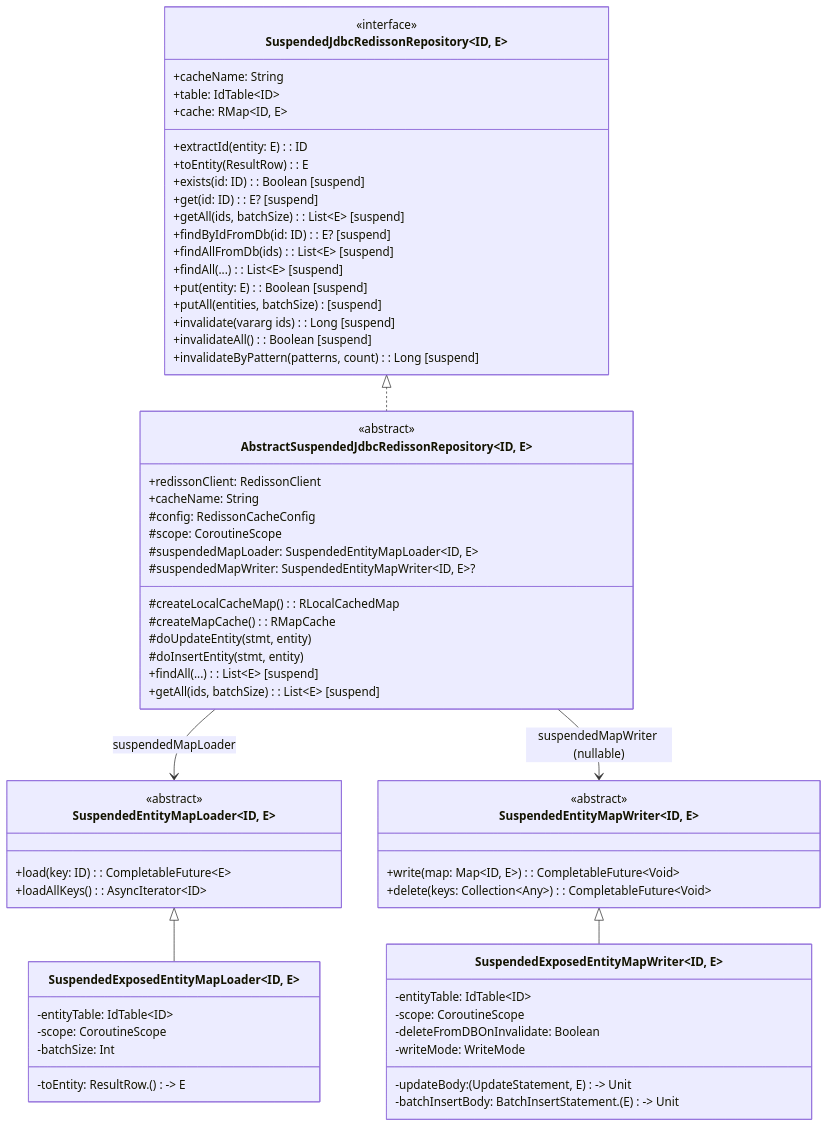
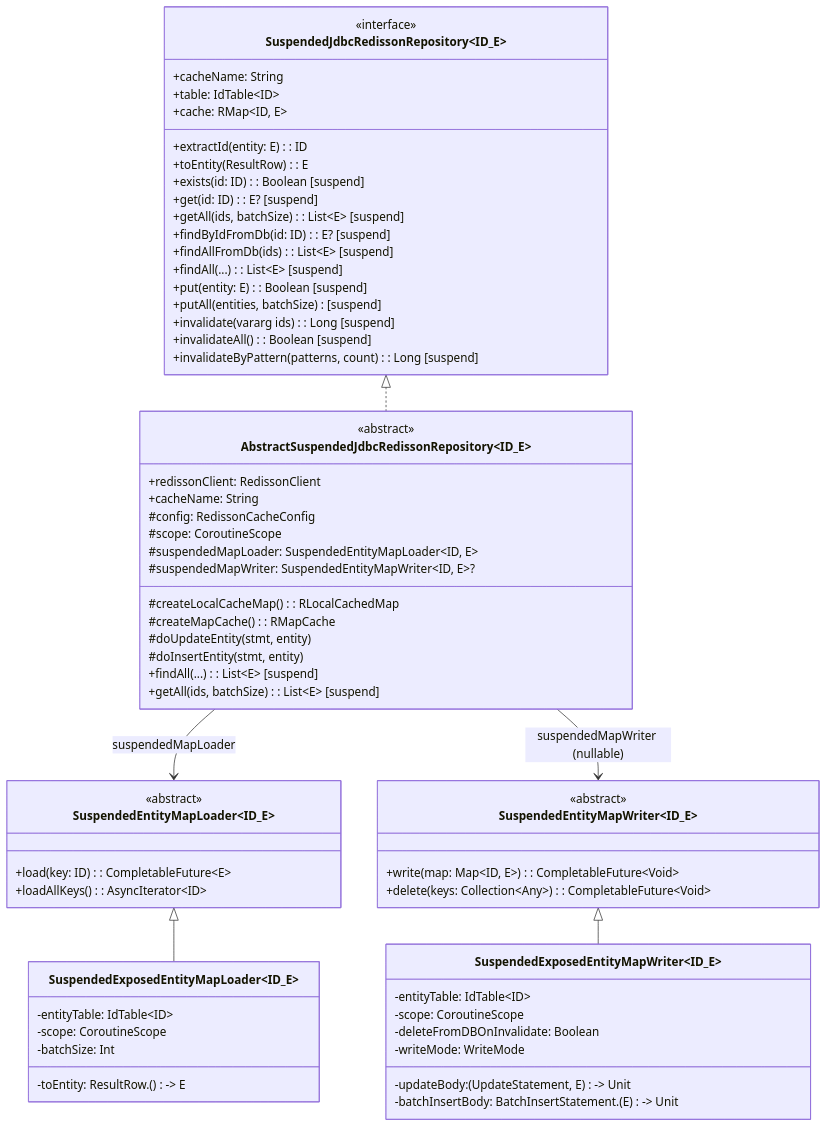
Before and after one commit to bluetape4k/bluetape4k-projects: the third of 9 diagrams in data/exposed-jdbc-redisson/README.md, drawn with Mermaid. The commit also changed other lines of this file and 95 other files, not shown here.

First line of the commit message:
docs: Mermaid 파서 오류 전체 수정 (IntelliJ IDEA 호환)

````diff
--- a/data/exposed-jdbc-redisson/README.md
+++ b/data/exposed-jdbc-redisson/README.md
@@ -319,72 +315,72 @@
 ```mermaid
 classDiagram
-    class SuspendedJdbcRedissonRepository~ID, E~ {
+    class SuspendedJdbcRedissonRepository~ID_E~ {
         <<interface>>
         +cacheName: String
         +table: IdTable~ID~
         +cache: RMap~ID, E~
         +extractId(entity: E): ID
         +toEntity(ResultRow): E
         +exists(id: ID): Boolean [suspend]
         +get(id: ID): E? [suspend]
         +getAll(ids, batchSize): List~E~ [suspend]
         +findByIdFromDb(id: ID): E? [suspend]
         +findAllFromDb(ids): List~E~ [suspend]
         +findAll(...): List~E~ [suspend]
         +put(entity: E): Boolean [suspend]
         +putAll(entities, batchSize) [suspend]
         +invalidate(vararg ids): Long [suspend]
         +invalidateAll(): Boolean [suspend]
         +invalidateByPattern(patterns, count): Long [suspend]
     }
 
-    class AbstractSuspendedJdbcRedissonRepository~ID, E~ {
+    class AbstractSuspendedJdbcRedissonRepository~ID_E~ {
         <<abstract>>
         +redissonClient: RedissonClient
         +cacheName: String
         #config: RedissonCacheConfig
         #scope: CoroutineScope
         #suspendedMapLoader: SuspendedEntityMapLoader~ID, E~
         #suspendedMapWriter: SuspendedEntityMapWriter~ID, E~?
         #createLocalCacheMap(): RLocalCachedMap
         #createMapCache(): RMapCache
         #doUpdateEntity(stmt, entity)
         #doInsertEntity(stmt, entity)
         +findAll(...): List~E~ [suspend]
         +getAll(ids, batchSize): List~E~ [suspend]
     }
 
-    class SuspendedEntityMapLoader~ID, E~ {
+    class SuspendedEntityMapLoader~ID_E~ {
         <<abstract>>
         +load(key: ID): CompletableFuture~E~
         +loadAllKeys(): AsyncIterator~ID~
     }
 
-    class SuspendedEntityMapWriter~ID, E~ {
+    class SuspendedEntityMapWriter~ID_E~ {
         <<abstract>>
         +write(map: Map~ID, E~): CompletableFuture~Void~
         +delete(keys: Collection~Any~): CompletableFuture~Void~
     }
 
-    class SuspendedExposedEntityMapLoader~ID, E~ {
+    class SuspendedExposedEntityMapLoader~ID_E~ {
         -entityTable: IdTable~ID~
         -scope: CoroutineScope
         -batchSize: Int
         -toEntity: ResultRow.() -> E
     }
 
-    class SuspendedExposedEntityMapWriter~ID, E~ {
+    class SuspendedExposedEntityMapWriter~ID_E~ {
         -entityTable: IdTable~ID~
         -scope: CoroutineScope
         -updateBody: (UpdateStatement, E) -> Unit
         -batchInsertBody: BatchInsertStatement.(E) -> Unit
         -deleteFromDBOnInvalidate: Boolean
         -writeMode: WriteMode
     }
 
-    SuspendedJdbcRedissonRepository~ID, E~ <|.. AbstractSuspendedJdbcRedissonRepository~ID, E~
-    AbstractSuspendedJdbcRedissonRepository~ID, E~ --> SuspendedEntityMapLoader~ID, E~ : suspendedMapLoader
-    AbstractSuspendedJdbcRedissonRepository~ID, E~ --> SuspendedEntityMapWriter~ID, E~ : suspendedMapWriter (nullable)
-    SuspendedEntityMapLoader~ID, E~ <|-- SuspendedExposedEntityMapLoader~ID, E~
-    SuspendedEntityMapWriter~ID, E~ <|-- SuspendedExposedEntityMapWriter~ID, E~
+    SuspendedJdbcRedissonRepository~ID_E~ <|.. AbstractSuspendedJdbcRedissonRepository~ID_E~
+    AbstractSuspendedJdbcRedissonRepository~ID_E~ --> SuspendedEntityMapLoader~ID_E~ : suspendedMapLoader
+    AbstractSuspendedJdbcRedissonRepository~ID_E~ --> SuspendedEntityMapWriter~ID_E~ : suspendedMapWriter (nullable)
+    SuspendedEntityMapLoader~ID_E~ <|-- SuspendedExposedEntityMapLoader~ID_E~
+    SuspendedEntityMapWriter~ID_E~ <|-- SuspendedExposedEntityMapWriter~ID_E~
 ```
````
